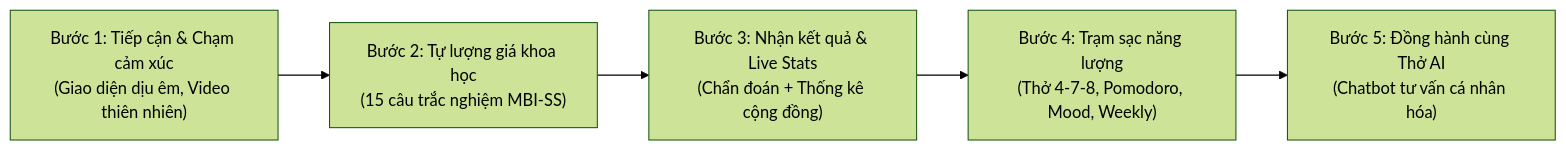
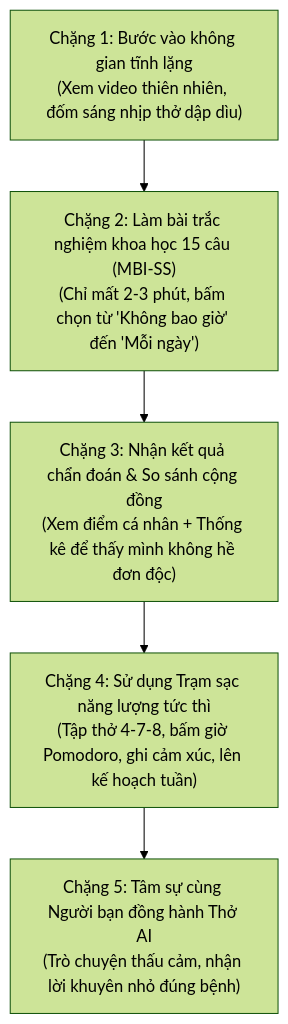
The diagram in docs/PROJECT_DOCUMENTATION.md (minhnguyencong1711/thobreathing), drawn with Mermaid (forest theme) before and after one commit. The commit also changed other lines of this file, not shown here.

````diff
--- a/docs/PROJECT_DOCUMENTATION.md
+++ b/docs/PROJECT_DOCUMENTATION.md
@@ -71,7 +56,7 @@
 ```mermaid
-flowchart LR
-    A["Bước 1: Tiếp cận & Chạm cảm xúc<br/>(Giao diện dịu êm, Video thiên nhiên)"] --> B["Bước 2: Tự lượng giá khoa học<br/>(15 câu trắc nghiệm MBI-SS)"]
-    B --> C["Bước 3: Nhận kết quả & Live Stats<br/>(Chẩn đoán + Thống kê cộng đồng)"]
-    C --> D["Bước 4: Trạm sạc năng lượng<br/>(Thở 4-7-8, Pomodoro, Mood, Weekly)"]
-    D --> E["Bước 5: Đồng hành cùng Thở AI<br/>(Chatbot tư vấn cá nhân hóa)"]
+flowchart TD
+    S1["Chặng 1: Bước vào không gian tĩnh lặng<br/>(Xem video thiên nhiên, đốm sáng nhịp thở dập dìu)"] --> S2["Chặng 2: Làm bài trắc nghiệm khoa học 15 câu (MBI-SS)<br/>(Chỉ mất 2-3 phút, bấm chọn từ 'Không bao giờ' đến 'Mỗi ngày')"]
+    S2 --> S3["Chặng 3: Nhận kết quả chẩn đoán & So sánh cộng đồng<br/>(Xem điểm cá nhân + Thống kê để thấy mình không hề đơn độc)"]
+    S3 --> S4["Chặng 4: Sử dụng Trạm sạc năng lượng tức thì<br/>(Tập thở 4-7-8, bấm giờ Pomodoro, ghi cảm xúc, lên kế hoạch tuần)"]
+    S4 --> S5["Chặng 5: Tâm sự cùng Người bạn đồng hành Thở AI<br/>(Trò chuyện thấu cảm, nhận lời khuyên nhỏ đúng bệnh)"]
 ```
````
